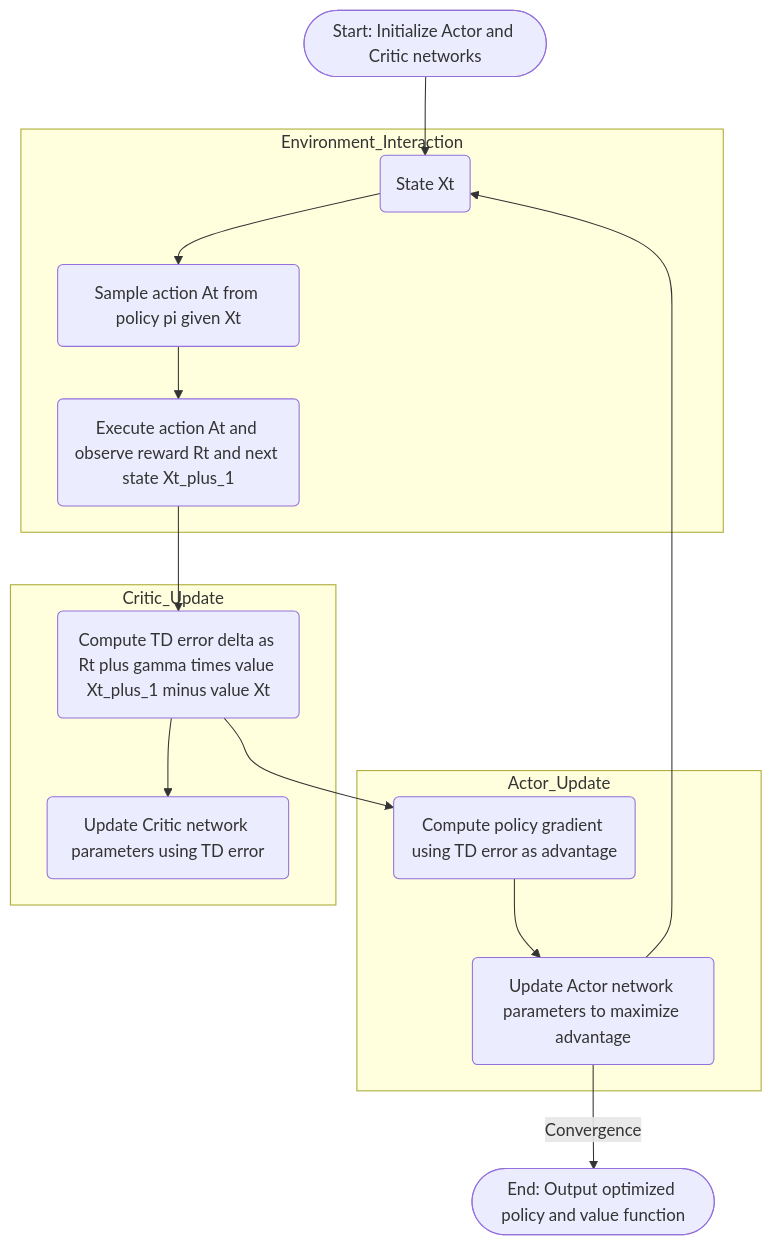
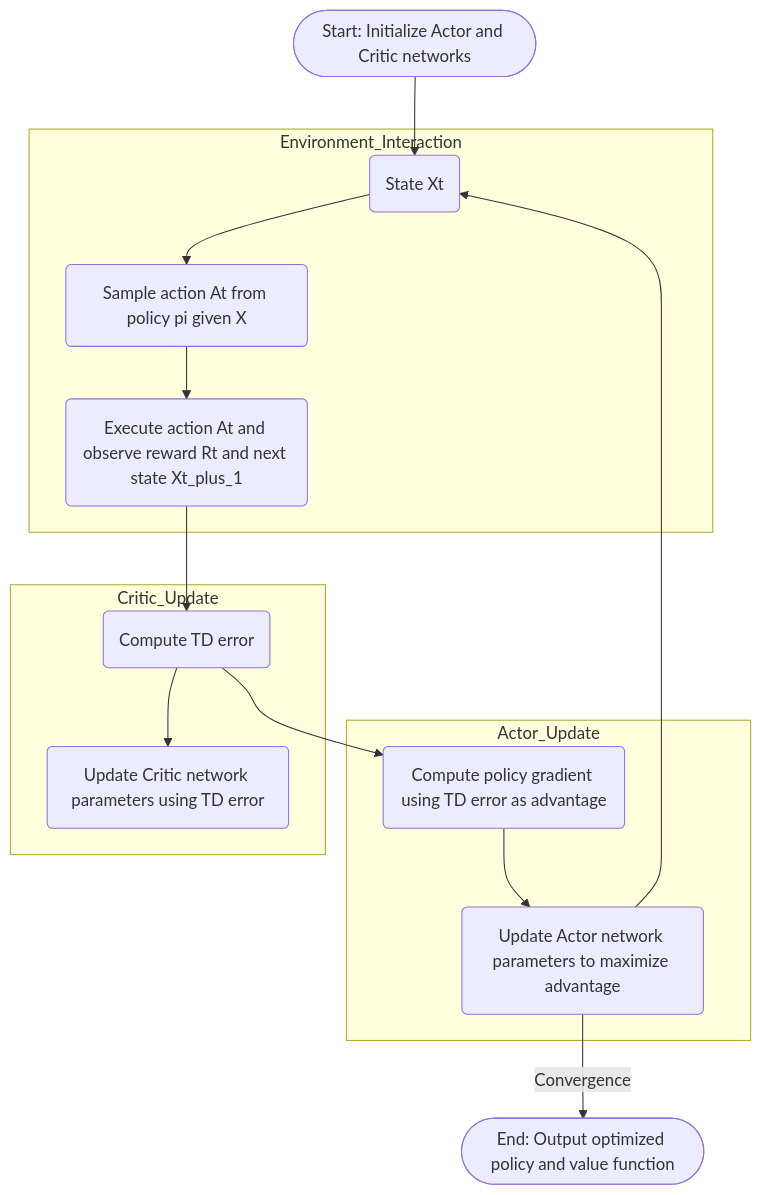
The diagram in obsidian_notes/Archives for Concepts and Propositions/Machine_Learning/Reinforcement_Learning/Actor-Critic Algorithm.md (TianpeiLuke/SelfStudyNotes), drawn with Mermaid before and after one commit. The commit also changed 9 other files, not shown here.

````diff
--- a/obsidian_notes/Archives for Concepts and Propositions/Machine_Learning/Reinforcement_Learning/Actor-Critic Algorithm.md
+++ b/obsidian_notes/Archives for Concepts and Propositions/Machine_Learning/Reinforcement_Learning/Actor-Critic Algorithm.md
@@ -92,31 +92,31 @@
 ```mermaid
 flowchart TD
     Start([Start: Initialize Actor and Critic networks])
 
     subgraph Environment_Interaction
         State(State Xt)
-        Action(Sample action At from policy pi given Xt)
+        Action(Sample action At from policy pi given X)
         NextState(Execute action At and observe reward Rt and next state Xt_plus_1)
     end
 
     subgraph Critic_Update
-        ComputeTD(Compute TD error delta as Rt plus gamma times value Xt_plus_1 minus value Xt)
+        ComputeTD(Compute TD error)
         UpdateCritic(Update Critic network parameters using TD error)
     end
 
     subgraph Actor_Update
         ComputePolicyGradient(Compute policy gradient using TD error as advantage)
         UpdateActor(Update Actor network parameters to maximize advantage)
     end
     
     Start --> State
     State --> Action
     Action --> NextState
     NextState --> ComputeTD
     ComputeTD --> UpdateCritic
     ComputeTD --> ComputePolicyGradient
     ComputePolicyGradient --> UpdateActor
     UpdateActor --> State
 
     UpdateActor -->|Convergence| End([End: Output optimized policy and value function])
 ```
````
